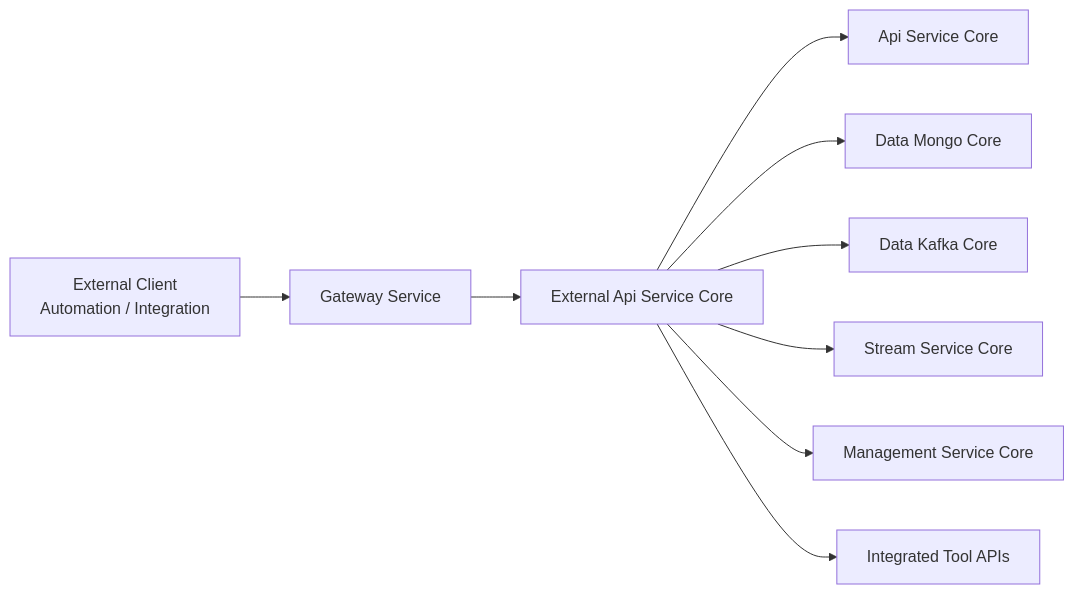
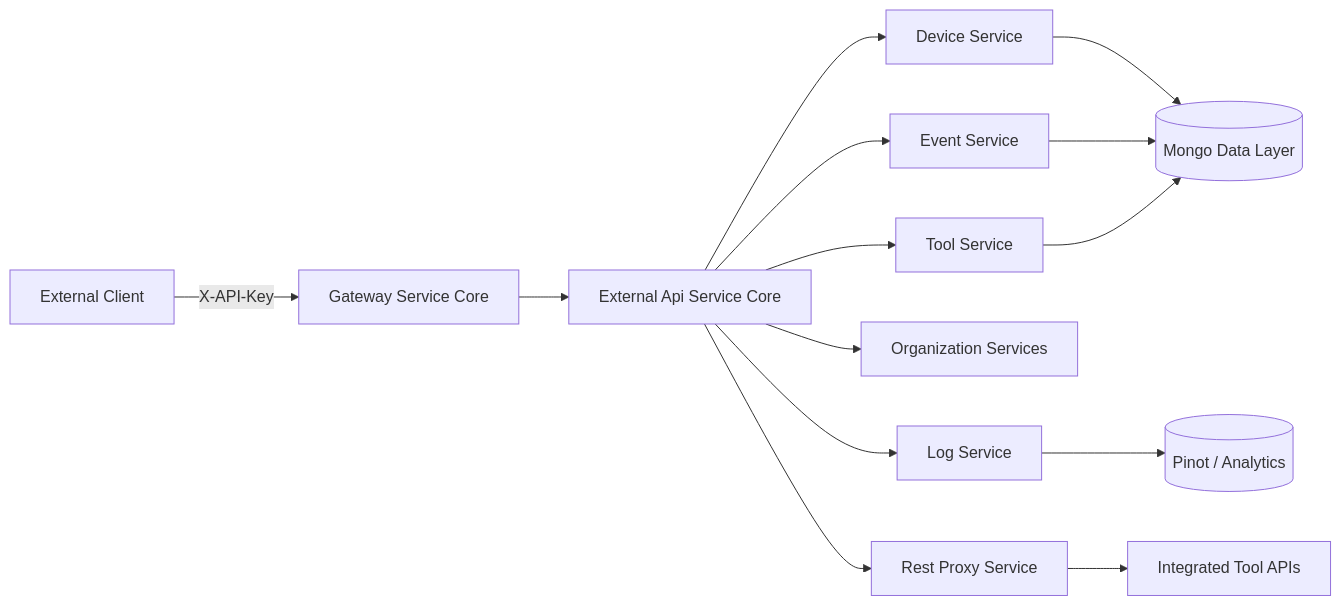
One commit to Praesto-Pro/openframe-oss-tenant changed the first of 7 diagrams in docs/architecture/external-api-service-core/external-api-service-core.md. Above: the diagram before and after it, drawn with Mermaid. The commit also changed other lines of this file and 149 other files, not shown here.

````diff
--- a/docs/architecture/external-api-service-core/external-api-service-core.md
+++ b/docs/architecture/external-api-service-core/external-api-service-core.md
@@ -24,14 +28,19 @@
 ```mermaid
 flowchart LR
-    Client["External Client<br/>Automation / Integration"] --> Gateway["Gateway Service"]
+    Client["External Client"] -->|"X-API-Key"| Gateway["Gateway Service Core"]
     Gateway --> ExternalApi["External Api Service Core"]
 
-    ExternalApi --> ApiCore["Api Service Core"]
-    ExternalApi --> DataMongo["Data Mongo Core"]
-    ExternalApi --> DataKafka["Data Kafka Core"]
+    ExternalApi --> DeviceService["Device Service"]
+    ExternalApi --> EventService["Event Service"]
+    ExternalApi --> LogService["Log Service"]
+    ExternalApi --> OrgService["Organization Services"]
+    ExternalApi --> ToolService["Tool Service"]
 
-    ExternalApi --> StreamCore["Stream Service Core"]
-    ExternalApi --> ManagementCore["Management Service Core"]
+    DeviceService --> Mongo[("Mongo Data Layer")]
+    EventService --> Mongo
+    LogService --> Pinot[("Pinot / Analytics")]
+    ToolService --> Mongo
 
-    ExternalApi --> ToolProxy["Integrated Tool APIs"]
+    ExternalApi --> RestProxy["Rest Proxy Service"]
+    RestProxy --> IntegratedTool["Integrated Tool APIs"]
 ```
````
